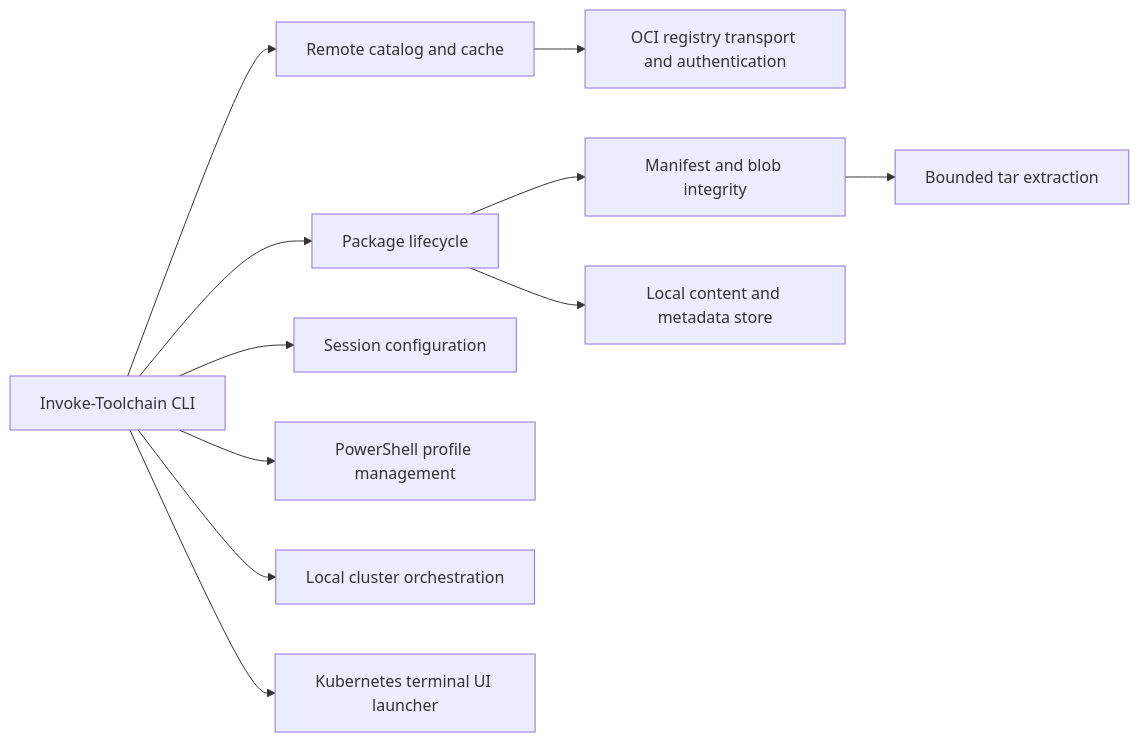
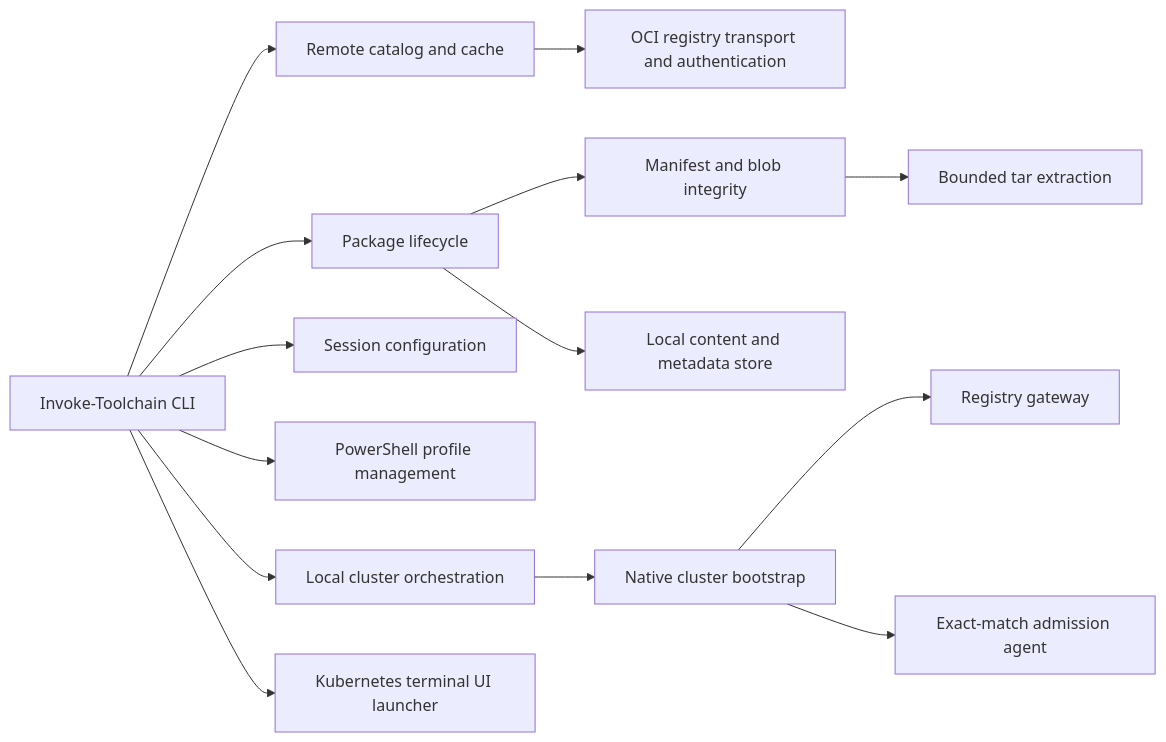
The diagram in doc/architecture.md (allsagetech/Toolchain), drawn with Mermaid before and after one commit. The commit also changed other lines of this file and 56 other files, not shown here.

Commit message:
Add project environments and native cluster bootstrap

````diff
--- a/doc/architecture.md
+++ b/doc/architecture.md
@@ -8,13 +8,16 @@
 ```mermaid
 flowchart LR
     CLI["Invoke-Toolchain CLI"] --> Catalog["Remote catalog and cache"]
     CLI --> Lifecycle["Package lifecycle"]
     CLI --> Shell["Session configuration"]
     CLI --> Profile["PowerShell profile management"]
     CLI --> Cluster["Local cluster orchestration"]
+    Cluster --> Bootstrap["Native cluster bootstrap"]
+    Bootstrap --> Gateway["Registry gateway"]
+    Bootstrap --> Agent["Exact-match admission agent"]
     CLI --> K9s["Kubernetes terminal UI launcher"]
     Catalog --> Transport["OCI registry transport and authentication"]
     Lifecycle --> Registry["Manifest and blob integrity"]
     Registry --> Archive["Bounded tar extraction"]
     Lifecycle --> Store["Local content and metadata store"]
 ```
````
